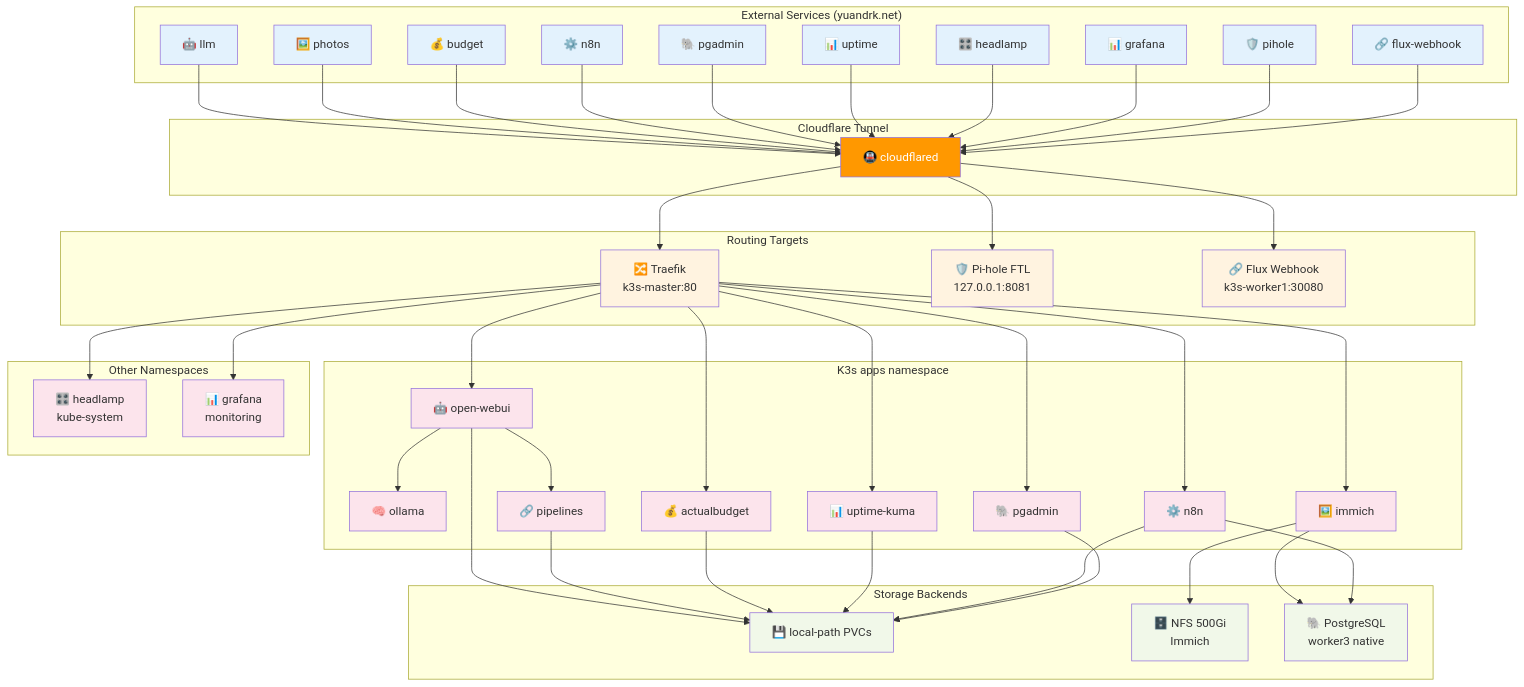
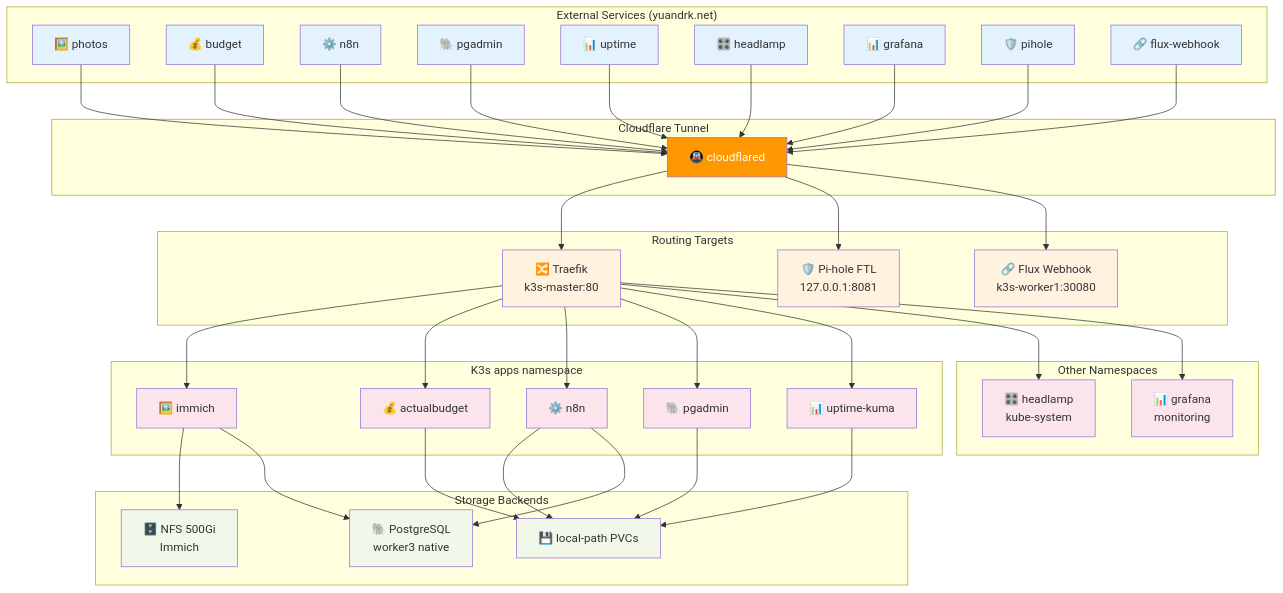
Before and after one commit to yuandrk/homelabops: the fifth of 6 diagrams in docs/architecture-diagrams.md, drawn with Mermaid. The commit also changed other lines of this file and 13 other files, not shown here.

First line of the commit message:
chore: remove open-webui, ollama, and pipelines

````diff
--- a/docs/architecture-diagrams.md
+++ b/docs/architecture-diagrams.md
@@ -282,7 +275,6 @@
 ```mermaid
 graph TB
     subgraph "External Services (yuandrk.net)"
-        Chat[🤖 llm]
         Photos[🖼️ photos]
         Budget[💰 budget]
         N8nExt[⚙️ n8n]
@@ -305,9 +297,6 @@
     end
 
     subgraph "K3s apps namespace"
-        OpenWebuiApp[🤖 open-webui]
-        OllamaApp[🧠 ollama]
-        PipelinesApp[🔗 pipelines]
         ImmichApp[🖼️ immich]
         ActualApp[💰 actualbudget]
         N8nApp[⚙️ n8n]
@@ -327,7 +316,6 @@
     end
 
     %% External → Tunnel
-    Chat --> CFT
     Photos --> CFT
     Budget --> CFT
     N8nExt --> CFT
@@ -344,7 +332,6 @@
     CFT --> WebhookNP
 
     %% Traefik → apps
-    TraefikSvc --> OpenWebuiApp
     TraefikSvc --> ImmichApp
     TraefikSvc --> ActualApp
     TraefikSvc --> N8nApp
@@ -353,13 +340,7 @@
     TraefikSvc --> HeadlampApp
     TraefikSvc --> GrafanaApp
 
-    %% App internals
-    OpenWebuiApp --> OllamaApp
-    OpenWebuiApp --> PipelinesApp
-
     %% Storage
-    OpenWebuiApp --> LocalPV
-    PipelinesApp --> LocalPV
     ActualApp --> LocalPV
     UptimeApp --> LocalPV
     N8nApp --> LocalPV
@@ -374,9 +355,9 @@
     classDef k8s fill:#fce4ec
     classDef storage fill:#f1f8e9
 
-    class Chat,Photos,Budget,N8nExt,PgAdminExt,Uptime,HeadlampExt,GrafanaExt,PiholeExt,Webhook external
+    class Photos,Budget,N8nExt,PgAdminExt,Uptime,HeadlampExt,GrafanaExt,PiholeExt,Webhook external
     class CFT tunnel
     class PiholeHost,TraefikSvc,WebhookNP host
-    class OpenWebuiApp,OllamaApp,PipelinesApp,ImmichApp,ActualApp,N8nApp,PgAdminApp,UptimeApp,HeadlampApp,GrafanaApp k8s
+    class ImmichApp,ActualApp,N8nApp,PgAdminApp,UptimeApp,HeadlampApp,GrafanaApp k8s
     class LocalPV,NFSPV,PG storage
 ```
````
